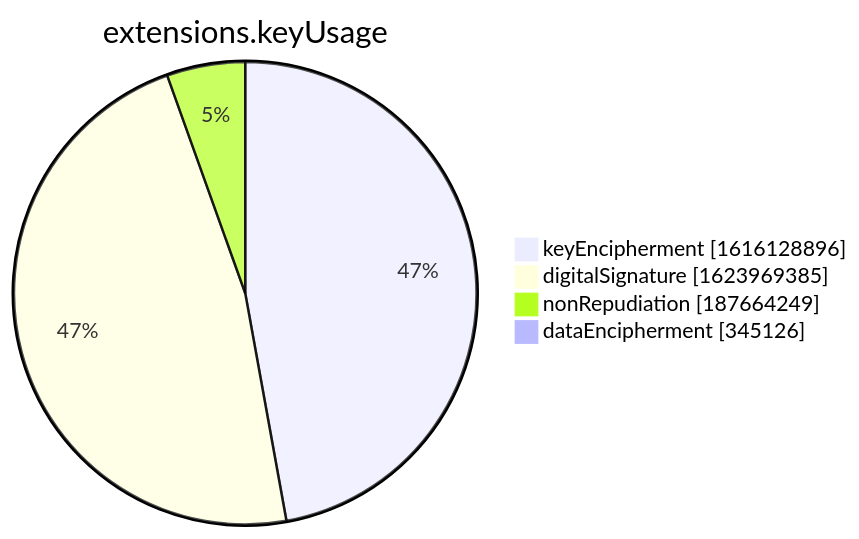
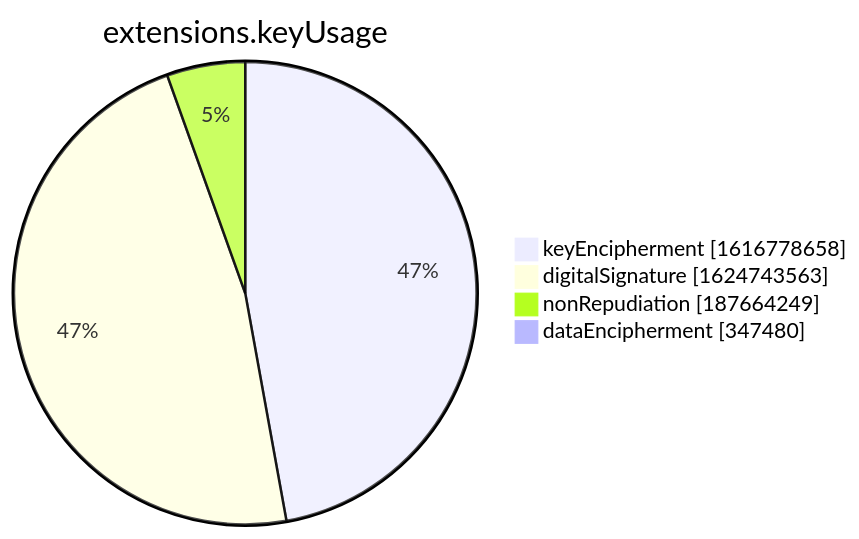
One commit to christiankrug/ctmonitor_visualization changed the seventh of 15 diagrams in xenon2022/README.md. Above: the diagram before and after it, drawn with Mermaid. The commit also changed other lines of this file, not shown here.

````diff
--- a/xenon2022/README.md
+++ b/xenon2022/README.md
@@ -2855,8 +2855,8 @@
 ```mermaid
 pie showData
 title extensions.keyUsage
-"keyEncipherment" :1616128896
-"digitalSignature" :1623969385
+"keyEncipherment" :1616778658
+"digitalSignature" :1624743563
 "nonRepudiation" :187664249
-"dataEncipherment" :345126
+"dataEncipherment" :347480
 ```
````
